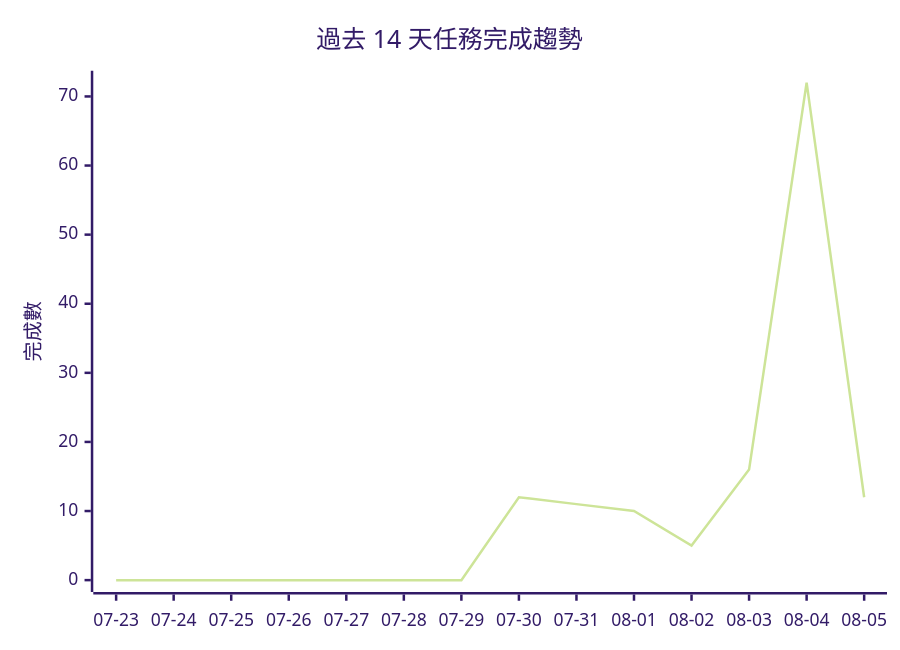
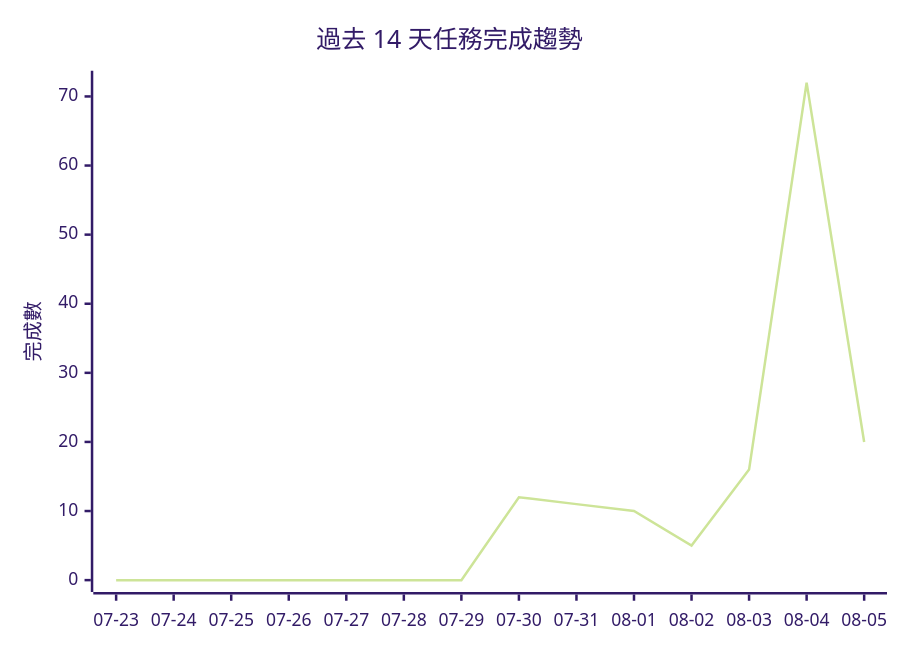
One commit to gentoobreaking/ai-tasks changed the diagram in PROJECTS.md. Above: the diagram before and after it, drawn with Mermaid (forest theme). The commit also changed other lines of this file and 85 other files, not shown here.

````diff
--- a/PROJECTS.md
+++ b/PROJECTS.md
@@ -186,7 +198,7 @@
 ```mermaid
 xychart-beta
     title "過去 14 天任務完成趨勢"
     x-axis ["07-23", "07-24", "07-25", "07-26", "07-27", "07-28", "07-29", "07-30", "07-31", "08-01", "08-02", "08-03", "08-04", "08-05"]
     y-axis "完成數" 0 --> 72
-    line [0, 0, 0, 0, 0, 0, 0, 12, 11, 10, 5, 16, 72, 12]
+    line [0, 0, 0, 0, 0, 0, 0, 12, 11, 10, 5, 16, 72, 20]
 ```
````
